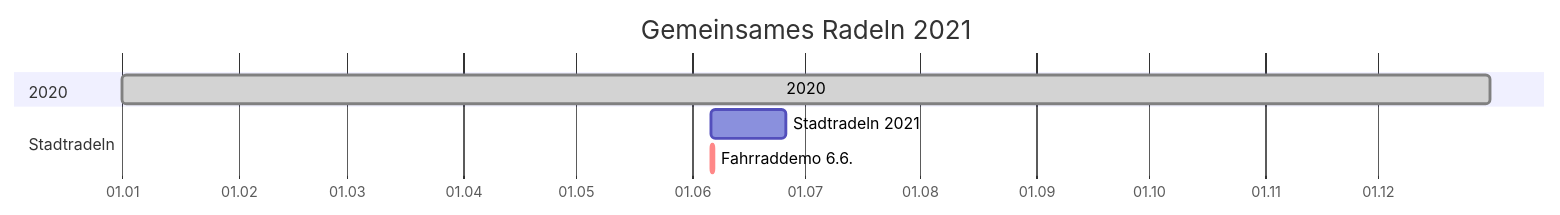
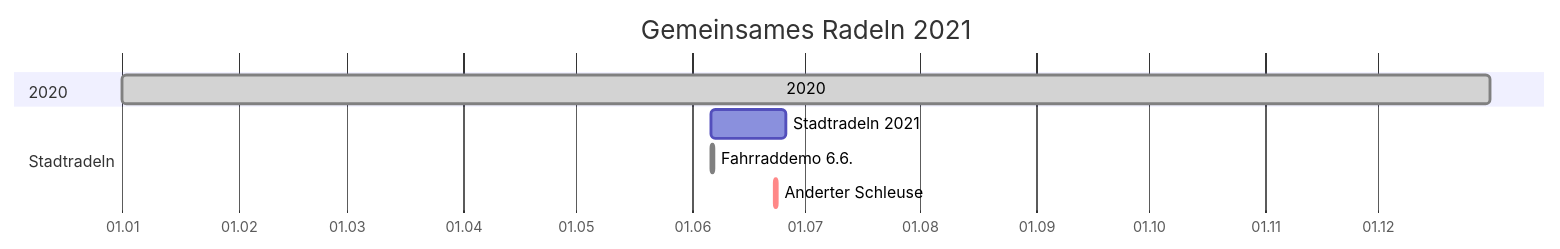
One commit to adfc-hemmingen-pattensen/adfc-hemmingen-pattensen.github.io changed the first of 2 diagrams in index.md. Above: the diagram before and after it, drawn with Mermaid. The commit also changed other lines of this file and 1 other file, not shown here.

Commit message:
Anderter Schleuse

````diff
--- a/index.md
+++ b/index.md
@@ -182,13 +143,14 @@
 ``` mermaid
 gantt
 dateFormat  YYYY-MM-DD
 title Gemeinsames Radeln 2021
 axisFormat  %d.%m
 
 section 2020
 2020: done, 2020-01-01, 2020-12-31
 section Stadtradeln
 Stadtradeln 2021: 2020-06-06, 2020-06-26
-Fahrraddemo 6.6.: crit,2020-06-06, 1d 
+Fahrraddemo 6.6.: done, 2020-06-06, 1d 
+Anderter Schleuse: crit, 2020-06-23, 1d
 
 ```
````
